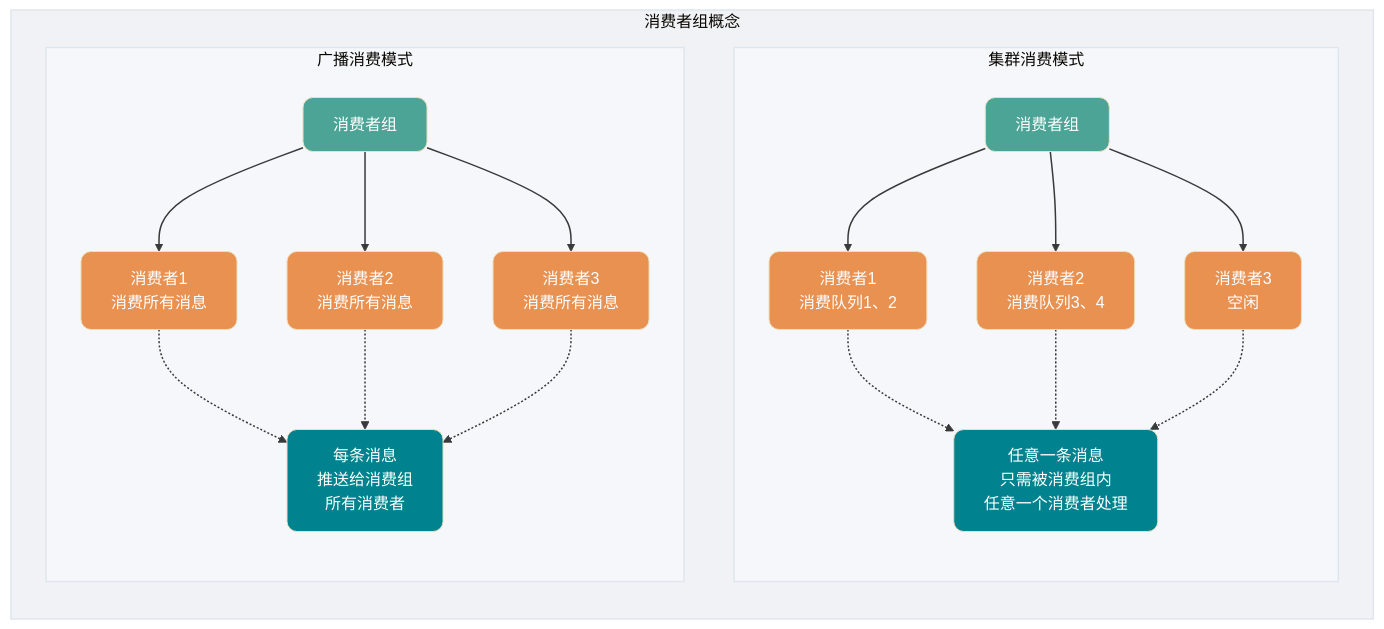
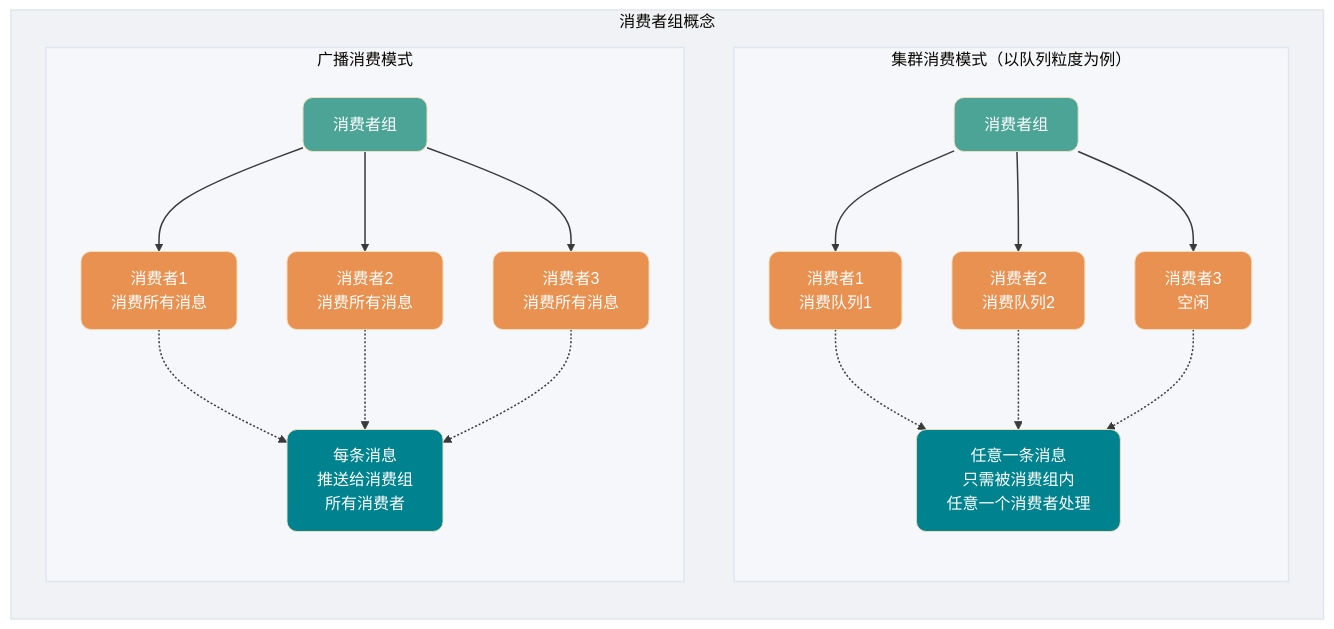
Diagram 13 of 13 in docs/high-performance/message-queue/rocketmq-questions.md (Snailclimb/JavaGuide), drawn with Mermaid (base theme) before and after one commit. The commit also changed other lines of this file and 1 other file, not shown here.

````diff
--- a/docs/high-performance/message-queue/rocketmq-questions.md
+++ b/docs/high-performance/message-queue/rocketmq-questions.md
@@ -1209,43 +1224,43 @@
 ```mermaid
 flowchart TB
     subgraph ConsumerGroup["消费者组概念"]
         direction TB
         style ConsumerGroup fill:#F0F2F5,stroke:#E0E6ED,stroke-width:1.5px
 
-        subgraph Cluster["集群消费模式"]
+        subgraph Cluster["集群消费模式（以队列粒度为例）"]
             direction TB
             style Cluster fill:#F5F7FA,stroke:#E0E6ED,stroke-width:1.5px
-            CG["消费者组"] --> C1["消费者1<br/>消费队列1、2"]
-            CG --> C2["消费者2<br/>消费队列3、4"]
+            CG["消费者组"] --> C1["消费者1<br/>消费队列1"]
+            CG --> C2["消费者2<br/>消费队列2"]
             CG --> C3["消费者3<br/>空闲"]
             Note1["任意一条消息<br/>只需被消费组内<br/>任意一个消费者处理"]
         end
 
         subgraph Broadcast["广播消费模式"]
             direction TB
             style Broadcast fill:#F5F7FA,stroke:#E0E6ED,stroke-width:1.5px
             BG["消费者组"] --> B1["消费者1<br/>消费所有消息"]
             BG --> B2["消费者2<br/>消费所有消息"]
             BG --> B3["消费者3<br/>消费所有消息"]
             Note2["每条消息<br/>推送给消费组<br/>所有消费者"]
         end
 
         %% 优化：调整注释连线，避免跨子图渲染异常
         C1 -.-> Note1
         C2 -.-> Note1
         C3 -.-> Note1
         B1 -.-> Note2
         B2 -.-> Note2
         B3 -.-> Note2
     end
 
     classDef cg fill:#4CA497,color:#fff,rx:10,ry:10
     classDef consumer fill:#E99151,color:#fff,rx:10,ry:10
     classDef note fill:#00838F,color:#fff,rx:10,ry:10
 
     class CG,BG cg
     class C1,C2,C3,B1,B2,B3 consumer
     class Note1,Note2 note
 
     linkStyle default stroke-width:1.5px,opacity:0.8
 ```
````
